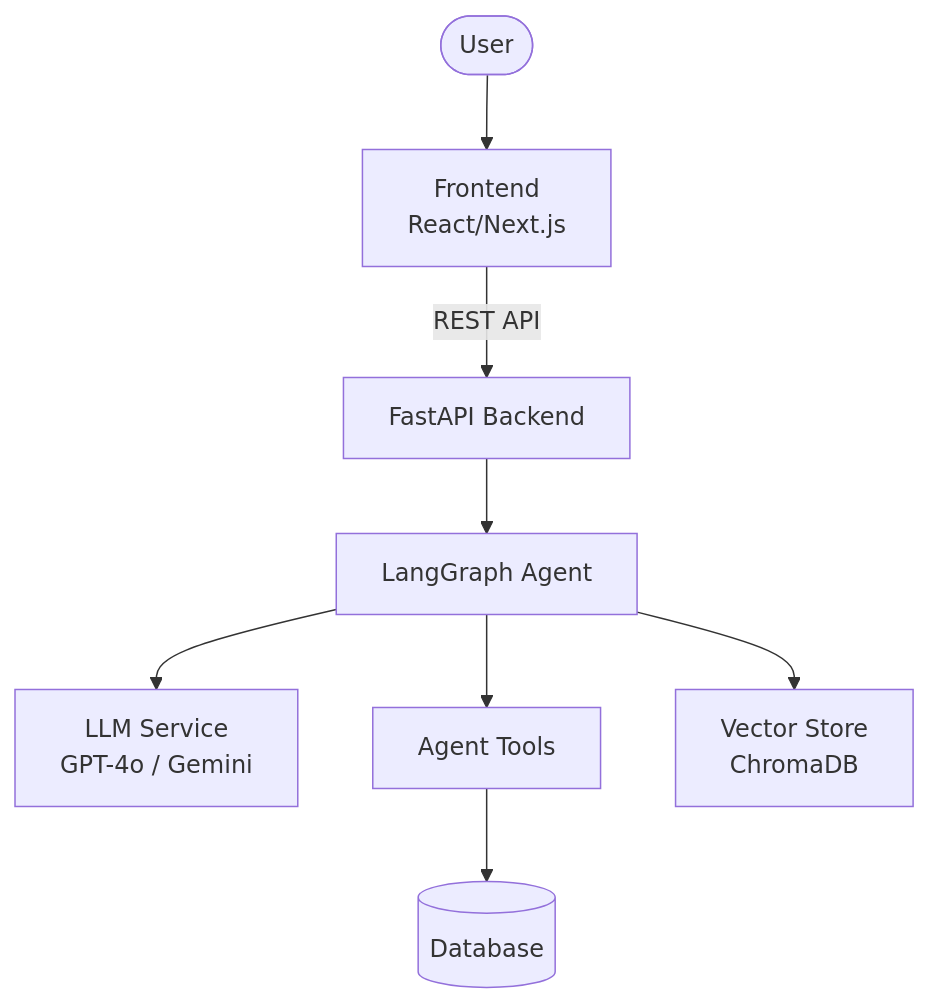
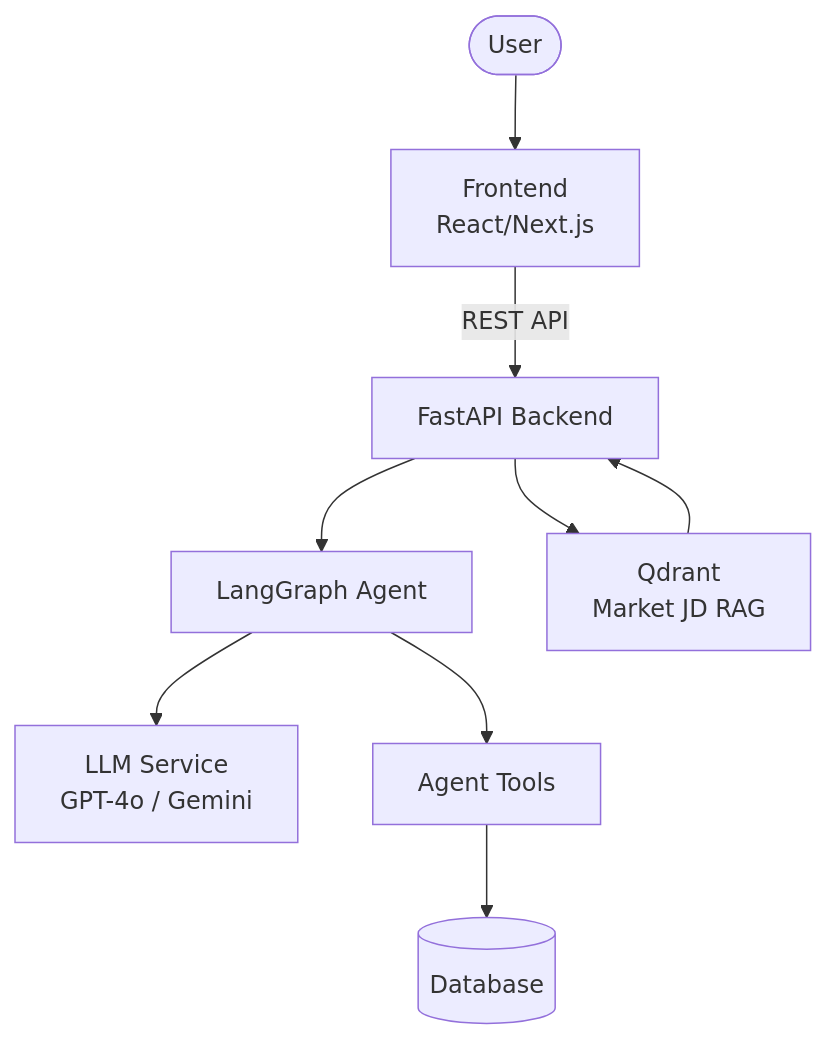
One commit to truonghuu344/P041-Version-2.0 changed the first of 2 diagrams in docs/architecture_diagram.md. Above: the diagram before and after it, drawn with Mermaid. The commit also changed other lines of this file and 64 other files, not shown here.

````diff
--- a/docs/architecture_diagram.md
+++ b/docs/architecture_diagram.md
@@ -5,10 +5,11 @@
 ```mermaid
 graph TB
     User([User]) --> UI[Frontend<br/>React/Next.js]
     UI -->|REST API| API[FastAPI Backend]
     API --> Agent[LangGraph Agent]
     Agent --> LLM[LLM Service<br/>GPT-4o / Gemini]
     Agent --> Tools[Agent Tools]
     Tools --> DB[(Database)]
-    Agent --> VS[Vector Store<br/>ChromaDB]
+    API --> VS[Qdrant<br/>Market JD RAG]
+    VS --> API
 ```
````
